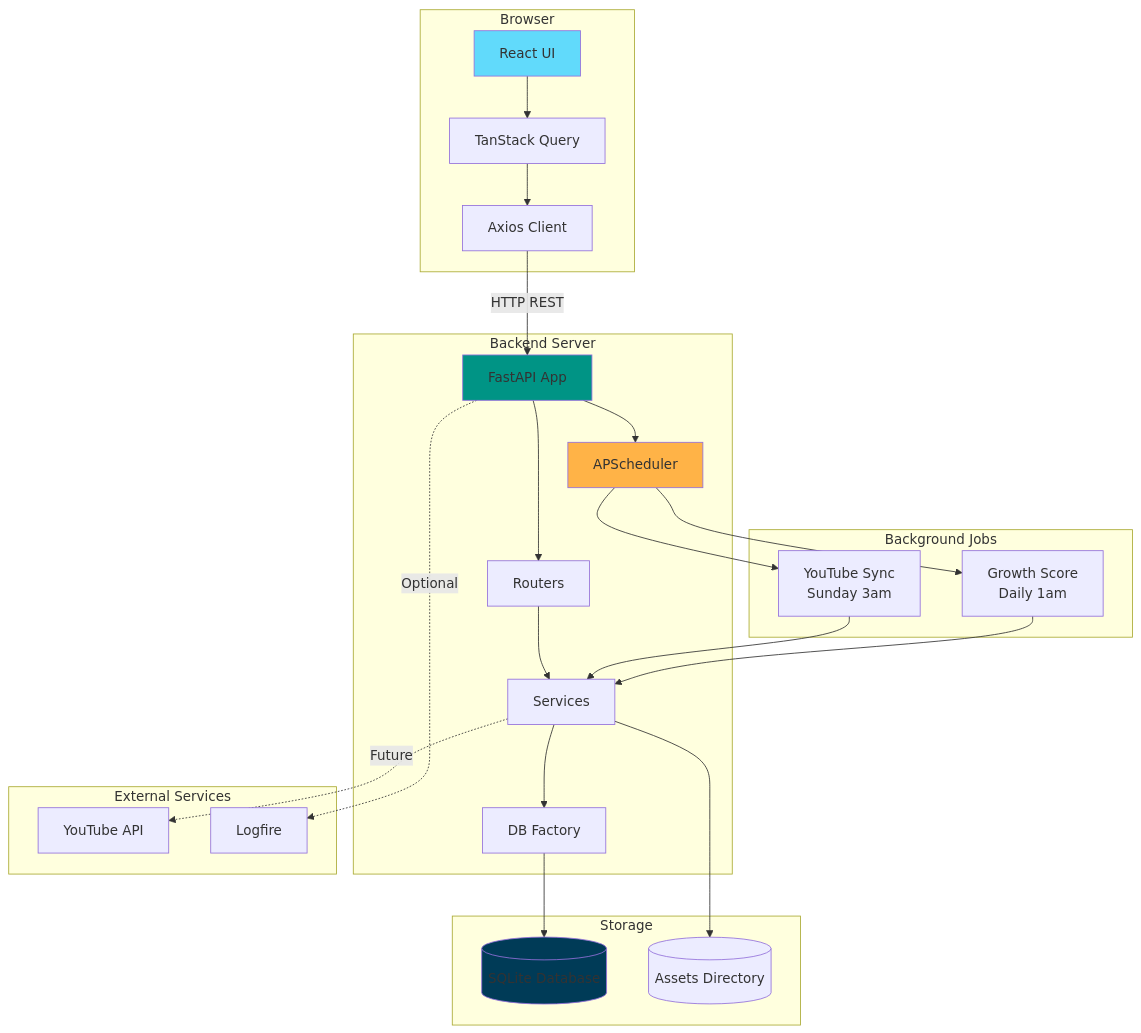
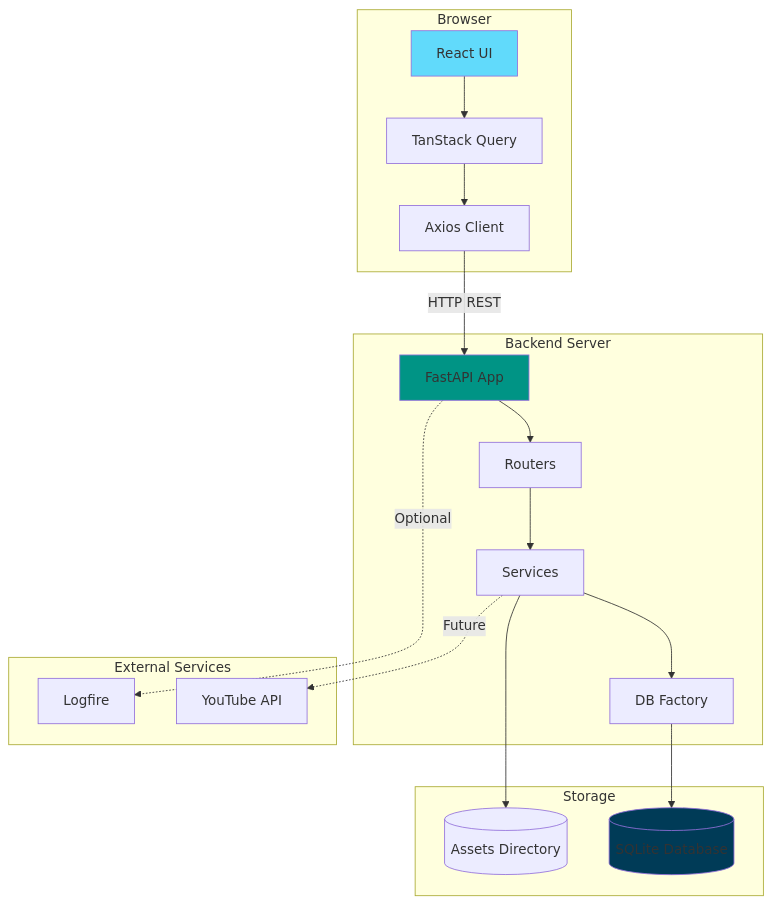
One commit to DiogoNeves/Storyloop changed the first of 3 diagrams in thinking/system-diagram.md. Above: the diagram before and after it, drawn with Mermaid. The commit also changed other lines of this file and 8 other files, not shown here.

````diff
--- a/thinking/system-diagram.md
+++ b/thinking/system-diagram.md
@@ -5,54 +5,41 @@
 ```mermaid
 graph TB
     subgraph "Browser"
         UI[React UI]
         Query[TanStack Query]
         API_Client[Axios Client]
     end
 
     subgraph "Backend Server"
         FastAPI[FastAPI App]
         Router[Routers]
         Service[Services]
         DB_Factory[DB Factory]
-        Scheduler[APScheduler]
-    end
-
-    subgraph "Background Jobs"
-        YT_Job[YouTube Sync<br/>Sunday 3am]
-        GS_Job[Growth Score<br/>Daily 1am]
     end
 
     subgraph "External Services"
         YT_API[YouTube API]
         Logfire[Logfire]
     end
 
     subgraph "Storage"
         SQLite[(SQLite Database)]
         AssetsDir[(Assets Directory)]
     end
 
     UI --> Query
     Query --> API_Client
     API_Client -->|HTTP REST| FastAPI
     FastAPI --> Router
     Router --> Service
     Service --> DB_Factory
     DB_Factory --> SQLite
     Service --> AssetsDir
 
-    FastAPI --> Scheduler
-    Scheduler --> YT_Job
-    Scheduler --> GS_Job
-    YT_Job --> Service
-    GS_Job --> Service
-
     Service -.->|Future| YT_API
     FastAPI -.->|Optional| Logfire
 
     style UI fill:#61dafb
     style FastAPI fill:#009485
     style SQLite fill:#003B57
-    style Scheduler fill:#FFB347
 ```
````
